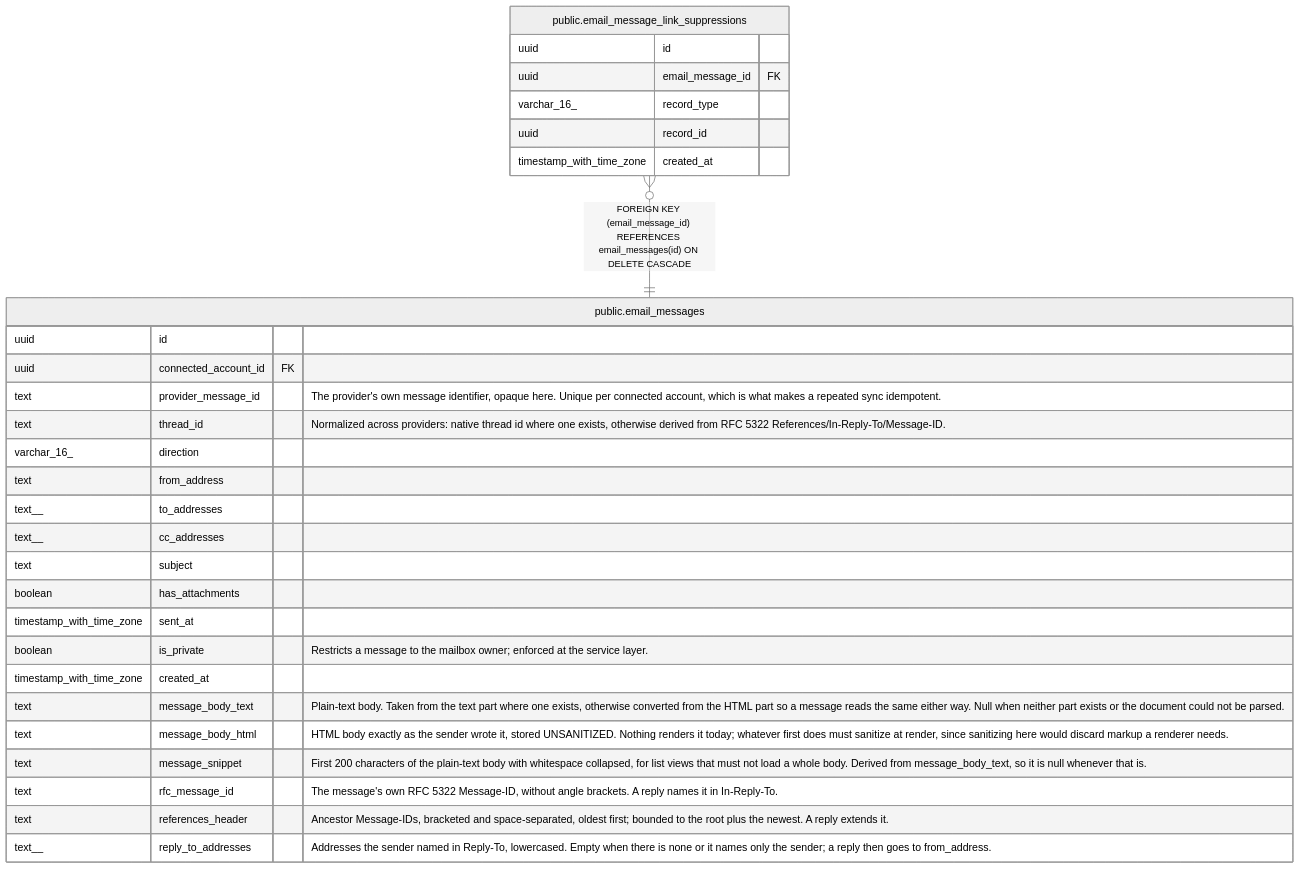
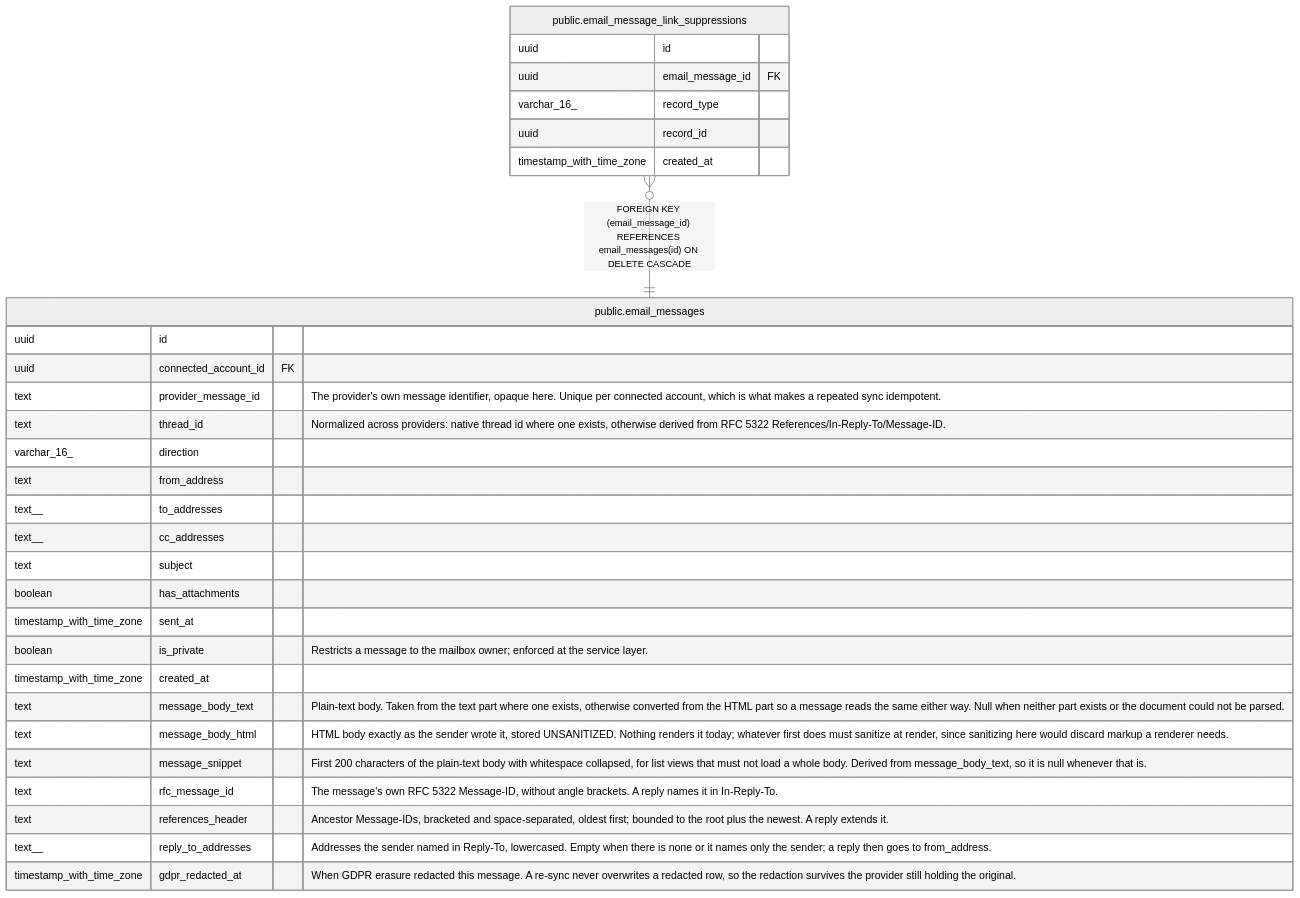
The diagram in docs/schema/public.email_message_link_suppressions.md (rkseattle/minicrm), drawn with Mermaid (neutral theme) before and after one commit. The commit also changed 18 other files, not shown here.

````diff
--- a/docs/schema/public.email_message_link_suppressions.md
+++ b/docs/schema/public.email_message_link_suppressions.md
@@ -36,34 +36,35 @@
 ```mermaid
 erDiagram
 
 "public.email_message_link_suppressions" }o--|| "public.email_messages" : "FOREIGN KEY (email_message_id) REFERENCES email_messages(id) ON DELETE CASCADE"
 
 "public.email_message_link_suppressions" {
   uuid id ""
   uuid email_message_id FK ""
   varchar_16_ record_type ""
   uuid record_id ""
   timestamp_with_time_zone created_at ""
 }
 "public.email_messages" {
   uuid id ""
   uuid connected_account_id FK ""
   text provider_message_id "The provider's own message identifier, opaque here. Unique per connected account, which is what makes a repeated sync idempotent."
   text thread_id "Normalized across providers: native thread id where one exists, otherwise derived from RFC 5322 References/In-Reply-To/Message-ID."
   varchar_16_ direction ""
   text from_address ""
   text__ to_addresses ""
   text__ cc_addresses ""
   text subject ""
   boolean has_attachments ""
   timestamp_with_time_zone sent_at ""
   boolean is_private "Restricts a message to the mailbox owner; enforced at the service layer."
   timestamp_with_time_zone created_at ""
   text message_body_text "Plain-text body. Taken from the text part where one exists, otherwise converted from the HTML part so a message reads the same either way. Null when neither part exists or the document could not be parsed."
   text message_body_html "HTML body exactly as the sender wrote it, stored UNSANITIZED. Nothing renders it today; whatever first does must sanitize at render, since sanitizing here would discard markup a renderer needs."
   text message_snippet "First 200 characters of the plain-text body with whitespace collapsed, for list views that must not load a whole body. Derived from message_body_text, so it is null whenever that is."
   text rfc_message_id "The message's own RFC 5322 Message-ID, without angle brackets. A reply names it in In-Reply-To."
   text references_header "Ancestor Message-IDs, bracketed and space-separated, oldest first; bounded to the root plus the newest. A reply extends it."
   text__ reply_to_addresses "Addresses the sender named in Reply-To, lowercased. Empty when there is none or it names only the sender; a reply then goes to from_address."
+  timestamp_with_time_zone gdpr_redacted_at "When GDPR erasure redacted this message. A re-sync never overwrites a redacted row, so the redaction survives the provider still holding the original."
 }
 ```
````
